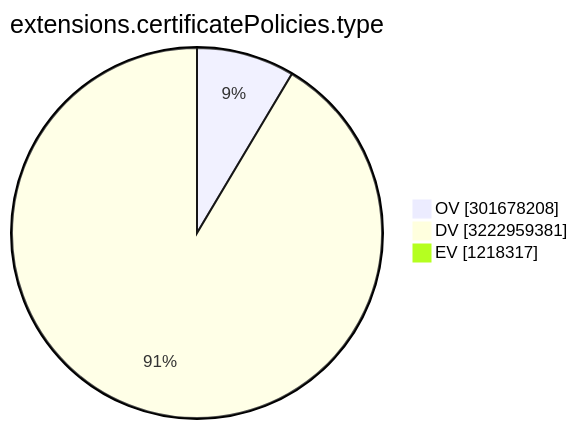
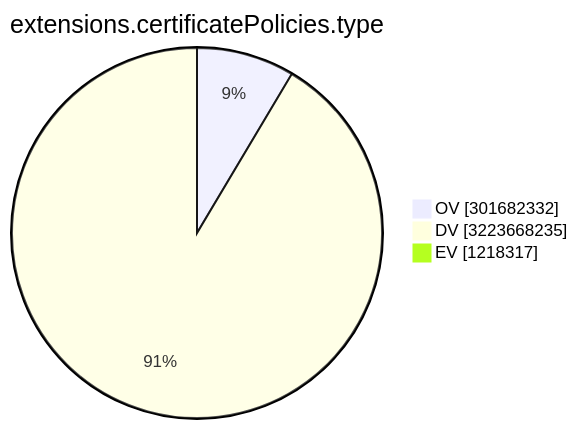
The ninth of 15 diagrams in TOTAL/README.md (christiankrug/ctmonitor_visualization), drawn with Mermaid before and after one commit. The commit also changed other lines of this file, not shown here.

````diff
--- a/TOTAL/README.md
+++ b/TOTAL/README.md
@@ -3107,7 +3107,7 @@
 ```mermaid
 pie showData
 title extensions.certificatePolicies.type
-"OV" :301678208
-"DV" :3222959381
+"OV" :301682332
+"DV" :3223668235
 "EV" :1218317
 ```
````
